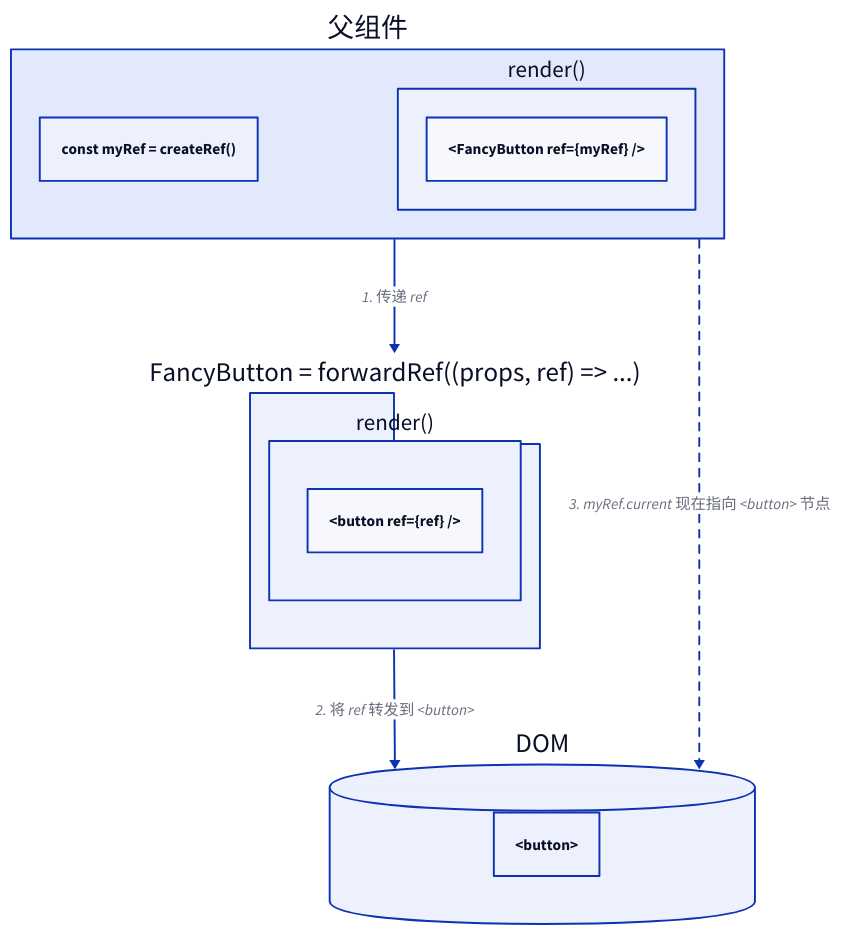
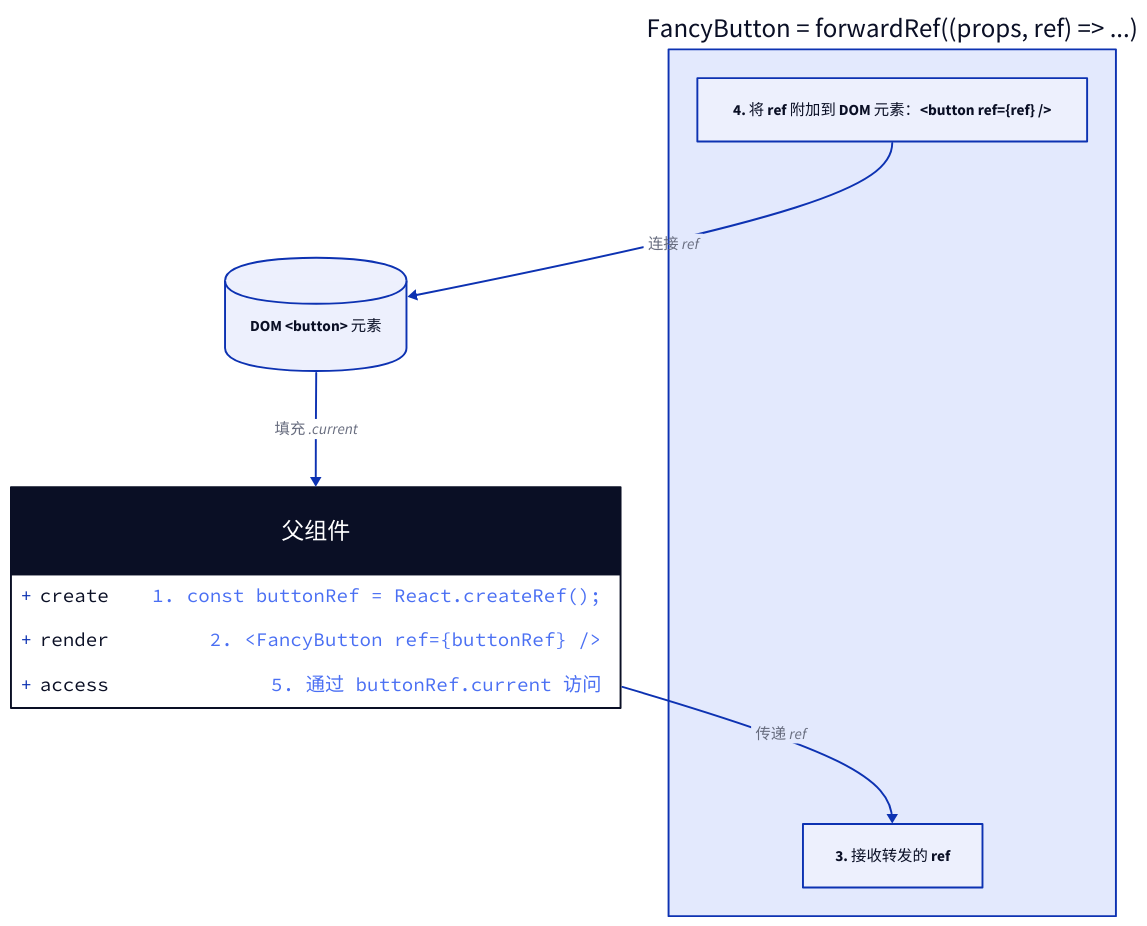
One commit to lban2049/react changed the diagram in packages/react/.aigne/doc-smith/docs/core-apis-refs.zh.md. Above: the diagram before and after it, drawn with D2. The commit also changed other lines of this file and 46 other files, not shown here.

````diff
--- a/packages/react/.aigne/doc-smith/docs/core-apis-refs.zh.md
+++ b/packages/react/.aigne/doc-smith/docs/core-apis-refs.zh.md
@@ -113,30 +83,43 @@
 ```d2
 direction: down
 
-"父组件": {
-  shape: rectangle
-  "const myRef = createRef()"
+Parent-Component: {
+  label: "父组件"
+  shape: class
 
-  "render()": {
-    "<FancyButton ref={myRef} />"
+  create: {
+    label: "1. const buttonRef = React.createRef();"
+  }
+
+  render: {
+    label: "2. <FancyButton ref={buttonRef} />"
+  }
+
+  access: {
+    label: "5. 通过 buttonRef.current 访问"
   }
 }
 
-"FancyButton = forwardRef((props, ref) => ...)": {
-  shape: package
-  "render()": {
-    "<button ref={ref} />"
+FancyButton: {
+  label: "FancyButton = forwardRef((props, ref) => ...)"
+  shape: rectangle
+
+  receive: {
+    label: "3. 接收转发的 ref"
+  }
+
+  attach: {
+    label: "4. 将 ref 附加到 DOM 元素：<button ref={ref} />"
   }
 }
 
-"DOM": {
+DOM-Button: {
+  label: "DOM <button> 元素"
   shape: cylinder
-  "<button>"
 }
 
-"父组件" -> "FancyButton = forwardRef((props, ref) => ...)": "1. 传递 ref"
-"FancyButton = forwardRef((props, ref) => ...)" -> "DOM": "2. 将 ref 转发到 <button>"
-"父组件" -> "DOM": "3. myRef.current 现在指向 <button> 节点" {
-  style.stroke-dash: 4
-}
+Parent-Component.render -> FancyButton.receive: "传递 ref"
+FancyButton.attach -> DOM-Button: "连接 ref"
+DOM-Button -> Parent-Component.access: "填充 .current"
+
 ```
````
